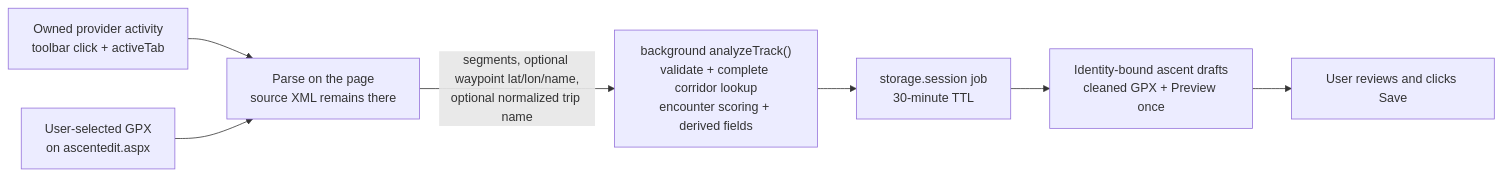
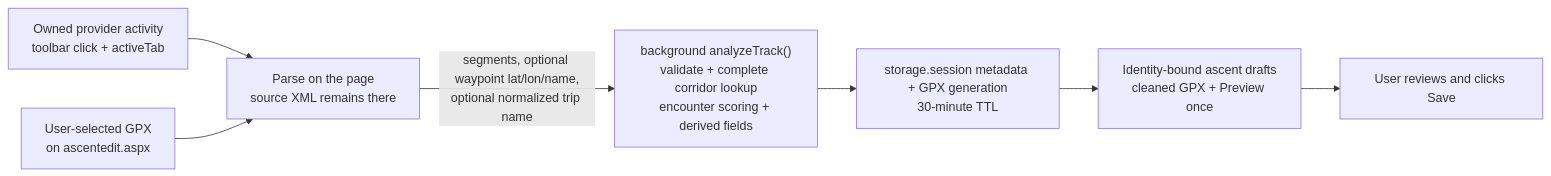
The second of 2 diagrams in docs/architecture.md (wilmtang/better-peakbagger), drawn with Mermaid before and after one commit. The commit also changed other lines of this file and 5 other files, not shown here.

````diff
--- a/docs/architecture.md
+++ b/docs/architecture.md
@@ -347,15 +347,15 @@
 ```mermaid
 flowchart LR
     provider["Owned provider activity<br/>toolbar click + activeTab"]
     file["User-selected GPX<br/>on ascentedit.aspx"]
     parse["Parse on the page<br/>source XML remains there"]
     analyze["background analyzeTrack()<br/>validate + complete corridor lookup<br/>encounter scoring + derived fields"]
-    job["storage.session job<br/>30-minute TTL"]
+    job["storage.session metadata + GPX generation<br/>30-minute TTL"]
     drafts["Identity-bound ascent drafts<br/>cleaned GPX + Preview once"]
     review["User reviews and clicks Save"]
 
     provider --> parse
     file --> parse
     parse -- "segments, optional waypoint lat/lon/name,<br/>optional normalized trip name" --> analyze
     analyze --> job --> drafts --> review
 ```
````
